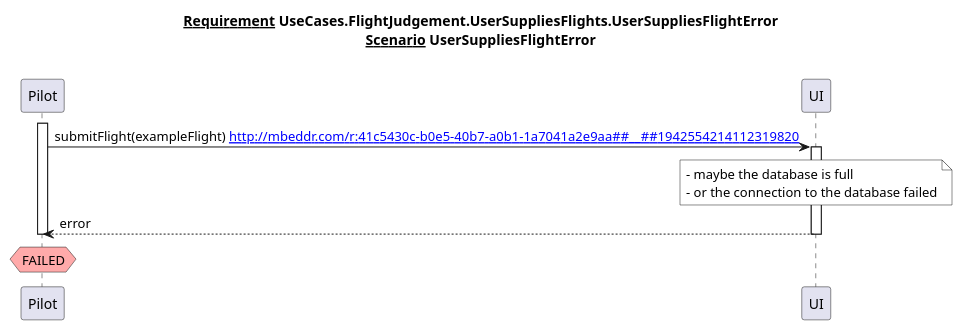
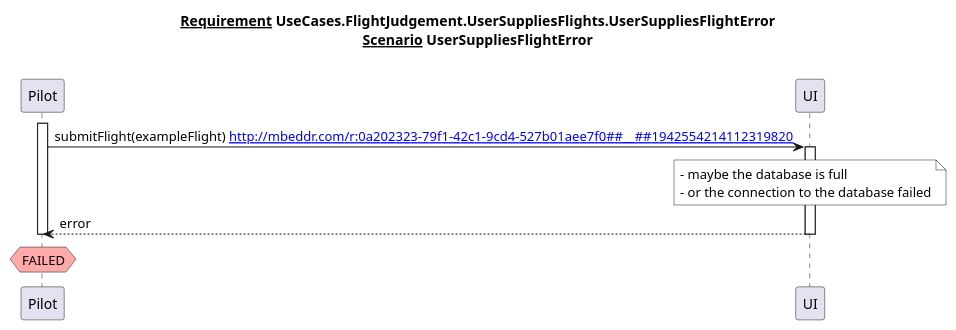
The diagram in code/applications/tutorial/solutions/mbeddr.tutorial.main/temp/requirementsReportreqInvisble_2FlightJudgementUserSuppliesFlightsUserSuppliesFlightErrorUserSuppliesFlightError_scenario.puml (mbeddr/mbeddr.core), drawn with PlantUML before and after one commit. The commit also changed 11 other files, not shown here.

```diff
--- a/code/applications/tutorial/solutions/mbeddr.tutorial.main/temp/requirementsReportreqInvisble_2FlightJudgementUserSuppliesFlightsUserSuppliesFlightErrorUserSuppliesFlightError_scenario.puml
+++ b/code/applications/tutorial/solutions/mbeddr.tutorial.main/temp/requirementsReportreqInvisble_2FlightJudgementUserSuppliesFlightsUserSuppliesFlightErrorUserSuppliesFlightError_scenario.puml
@@ -1,22 +1,22 @@
 @startuml
 title
 <u>Requirement</u> UseCases.FlightJudgement.UserSuppliesFlights.UserSuppliesFlightError
 <u>Scenario</u> UserSuppliesFlightError
 
 end title
 participant Pilot
-url of Pilot is [[http://mbeddr.com/r:41c5430c-b0e5-40b7-a0b1-1a7041a2e9aa##__##6898387700925062299]]
+url of Pilot is [[http://mbeddr.com/r:0a202323-79f1-42c1-9cd4-527b01aee7f0##__##6898387700925062299]]
 participant UI
-url of UI is [[http://mbeddr.com/r:41c5430c-b0e5-40b7-a0b1-1a7041a2e9aa##__##6898387700925260474]]
+url of UI is [[http://mbeddr.com/r:0a202323-79f1-42c1-9cd4-527b01aee7f0##__##6898387700925260474]]
 activate Pilot
-Pilot -> UI : submitFlight(exampleFlight) [[http://mbeddr.com/r:41c5430c-b0e5-40b7-a0b1-1a7041a2e9aa##__##1942554214112319820]]
+Pilot -> UI : submitFlight(exampleFlight) [[http://mbeddr.com/r:0a202323-79f1-42c1-9cd4-527b01aee7f0##__##1942554214112319820]]
 activate UI
 note over UI #FFFFFF
   - maybe the database is full
   - or the connection to the database failed
 end note
 Pilot <-- UI:error
 deactivate UI
 hnote over Pilot #FFAAAA: FAILED
 deactivate Pilot
 @enduml
```
